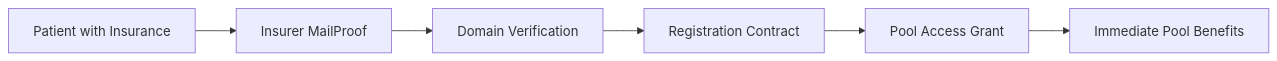
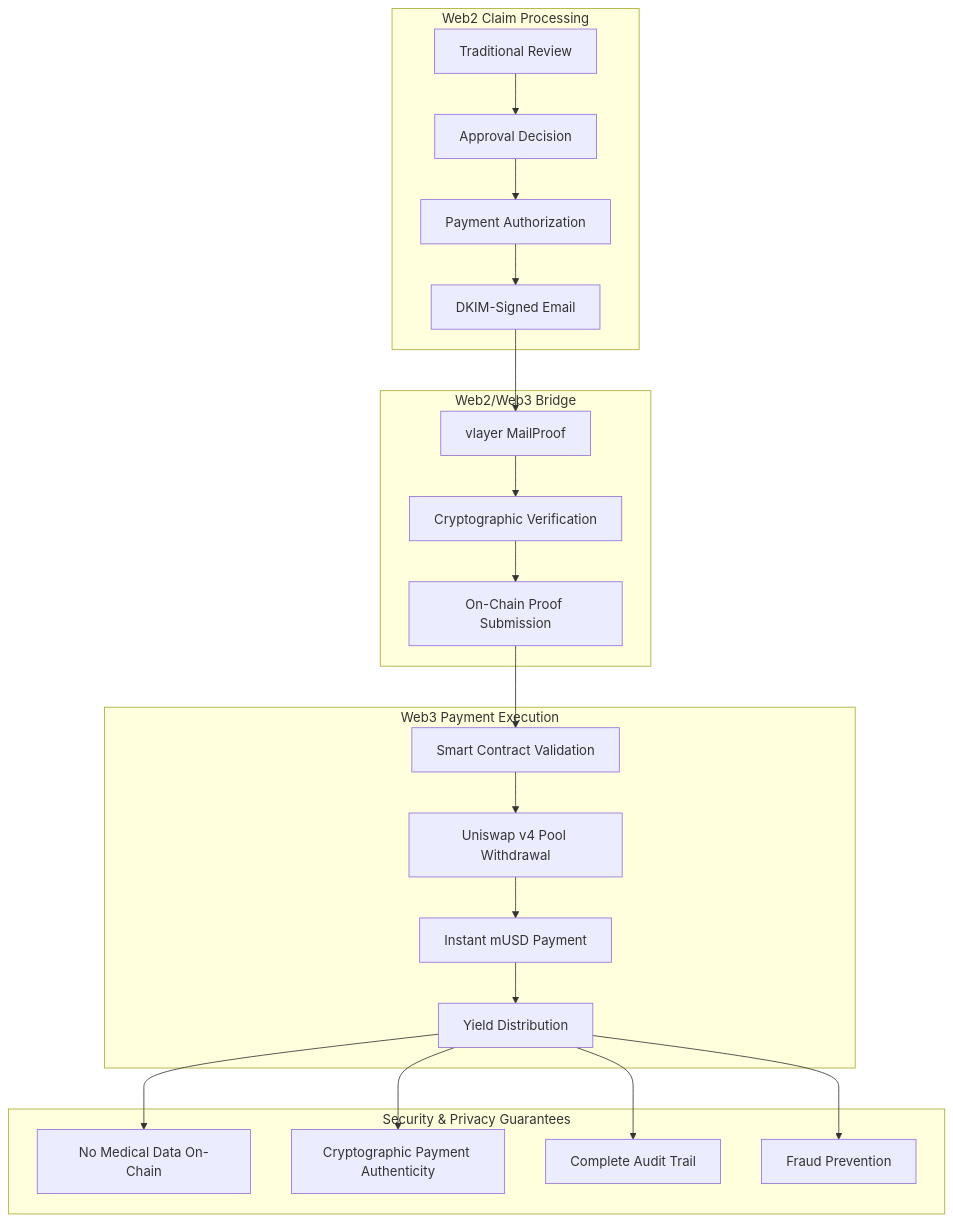
The tenth of 18 diagrams in memory-bank/systemPatterns.md (ppezzull/zkMed), drawn with Mermaid before and after one commit. The commit also changed other lines of this file and 5 other files, not shown here.

````diff
--- a/memory-bank/systemPatterns.md
+++ b/memory-bank/systemPatterns.md
@@ -53,8 +368,28 @@
 ```mermaid
-graph LR
-    A[Patient with Insurance] --> B[Insurer MailProof]
-    B --> C[Domain Verification]
-    C --> D[Registration Contract]
-    D --> E[Pool Access Grant]
-    E --> F[Immediate Pool Benefits]
+graph TB
+    subgraph "Web2 Claim Processing"
+        A[Traditional Review] --> B[Approval Decision]
+        B --> C[Payment Authorization]
+        C --> D[DKIM-Signed Email]
+    end
+    
+    subgraph "Web2/Web3 Bridge"
+        D --> E[vlayer MailProof]
+        E --> F[Cryptographic Verification]
+        F --> G[On-Chain Proof Submission]
+    end
+    
+    subgraph "Web3 Payment Execution"
+        G --> H[Smart Contract Validation]
+        H --> I[Uniswap v4 Pool Withdrawal]
+        I --> J[Instant mUSD Payment]
+        J --> K[Yield Distribution]
+    end
+    
+    subgraph "Security & Privacy Guarantees"
+        K --> L[No Medical Data On-Chain]
+        K --> M[Cryptographic Payment Authenticity]
+        K --> N[Complete Audit Trail]
+        K --> O[Fraud Prevention]
+    end
 ```
````
